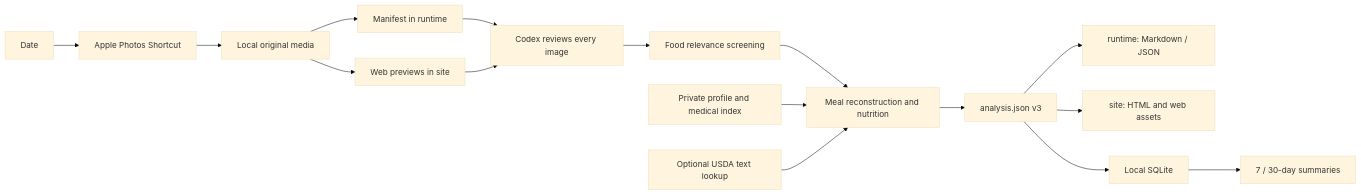
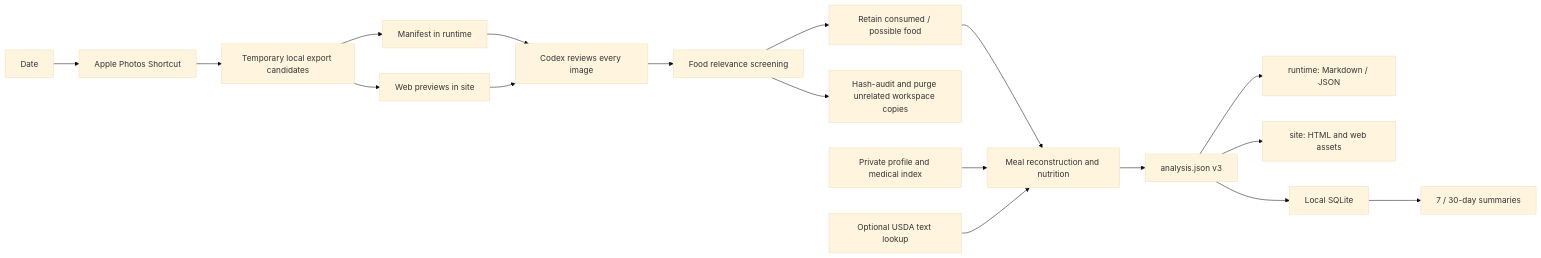
One commit to imathwy/health changed the diagram in README.md. Above: the diagram before and after it, drawn with Mermaid (base theme). The commit also changed other lines of this file and 20 other files, not shown here.

Commit message:
Purge unrelated workspace photo copies

````diff
--- a/README.md
+++ b/README.md
@@ -12,18 +12,20 @@
 ```mermaid
 flowchart LR
     A[Date] --> B[Apple Photos Shortcut]
-    B --> C[Local original media]
+    B --> C[Temporary local export candidates]
     C --> D[Manifest in runtime]
     C --> P[Web previews in site]
     D --> E[Codex reviews every image]
     P --> E
     E --> S[Food relevance screening]
-    S --> N[Meal reconstruction and nutrition]
+    S --> R[Retain consumed / possible food]
+    S --> Q[Hash-audit and purge unrelated workspace copies]
+    R --> N[Meal reconstruction and nutrition]
     X[Private profile and medical index] --> N
     U[Optional USDA text lookup] --> N
     N --> F[analysis.json v3]
     F --> G[runtime: Markdown / JSON]
     F --> W[site: HTML and web assets]
     F --> H[Local SQLite]
     H --> I[7 / 30-day summaries]
 ```
````
